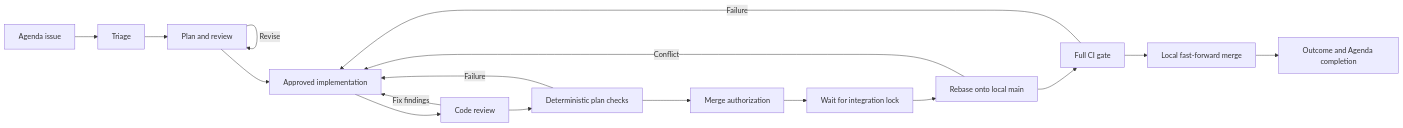
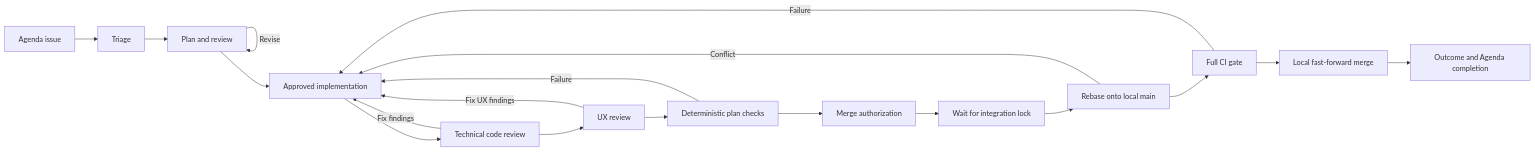
One commit to zacharyhamm/yinz changed the diagram in docs/ISSUE_LIFECYCLE.md. Above: the diagram before and after it, drawn with Mermaid. The commit also changed other lines of this file and 19 other files, not shown here.

````diff
--- a/docs/ISSUE_LIFECYCLE.md
+++ b/docs/ISSUE_LIFECYCLE.md
@@ -16,19 +16,21 @@
 ```mermaid
 flowchart LR
     A[Agenda issue] --> T[Triage]
     T --> P[Plan and review]
     P --> I[Approved implementation]
-    I --> R[Code review]
-    R --> C[Deterministic plan checks]
+    I --> R[Technical code review]
+    R --> U[UX review]
+    U --> C[Deterministic plan checks]
     C --> M[Merge authorization]
     M --> Q[Wait for integration lock]
     Q --> B[Rebase onto local main]
     B --> V[Full CI gate]
     V --> F[Local fast-forward merge]
     F --> S[Outcome and Agenda completion]
     P -->|Revise| P
     R -->|Fix findings| I
+    U -->|Fix UX findings| I
     C -->|Failure| I
     B -->|Conflict| I
     V -->|Failure| I
 ```
````
